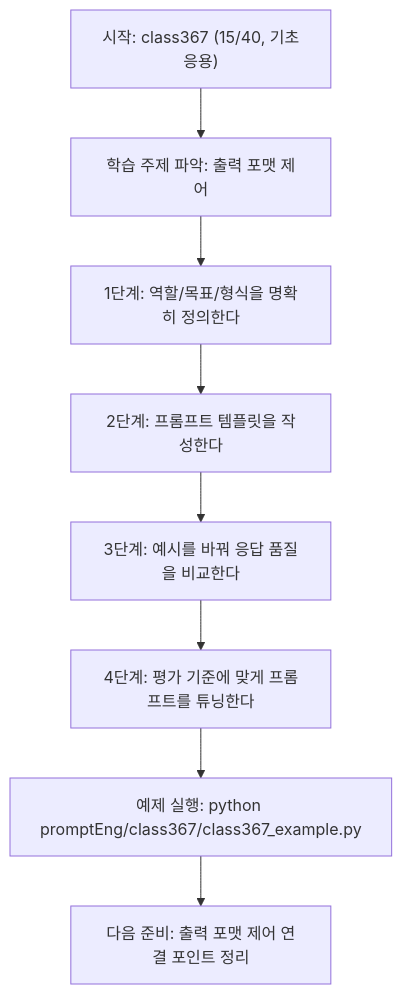
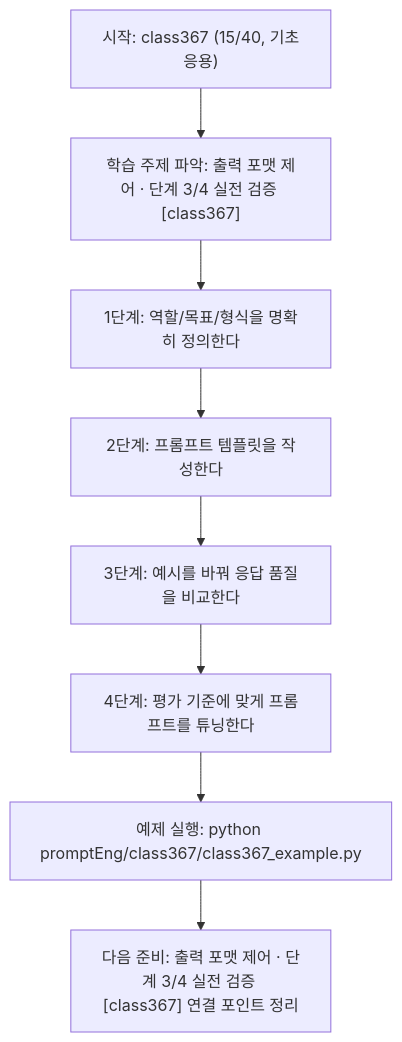
The diagram in promptEng/class367/class367.md (edumgt/Python-AI_Agent-Class), drawn with Mermaid before and after one commit. The commit also changed other lines of this file and 522 other files, not shown here.

````diff
--- a/promptEng/class367/class367.md
+++ b/promptEng/class367/class367.md
@@ -109,18 +110,18 @@
 ```mermaid
 flowchart TD
 N1["시작: class367 (15/40, 기초응용)"]
-N2["학습 주제 파악: 출력 포맷 제어"]
+N2["학습 주제 파악: 출력 포맷 제어 · 단계 3/4 실전 검증 [class367]"]
 N3["1단계: 역할/목표/형식을 명확히 정의한다"]
 N4["2단계: 프롬프트 템플릿을 작성한다"]
 N5["3단계: 예시를 바꿔 응답 품질을 비교한다"]
 N6["4단계: 평가 기준에 맞게 프롬프트를 튜닝한다"]
 N7["예제 실행: python promptEng/class367/class367_example.py"]
-N8["다음 준비: 출력 포맷 제어 연결 포인트 정리"]
+N8["다음 준비: 출력 포맷 제어 · 단계 3/4 실전 검증 [class367] 연결 포인트 정리"]
 N1 --> N2
 N2 --> N3
 N3 --> N4
 N4 --> N5
 N5 --> N6
 N6 --> N7
 N7 --> N8
 ```
````
